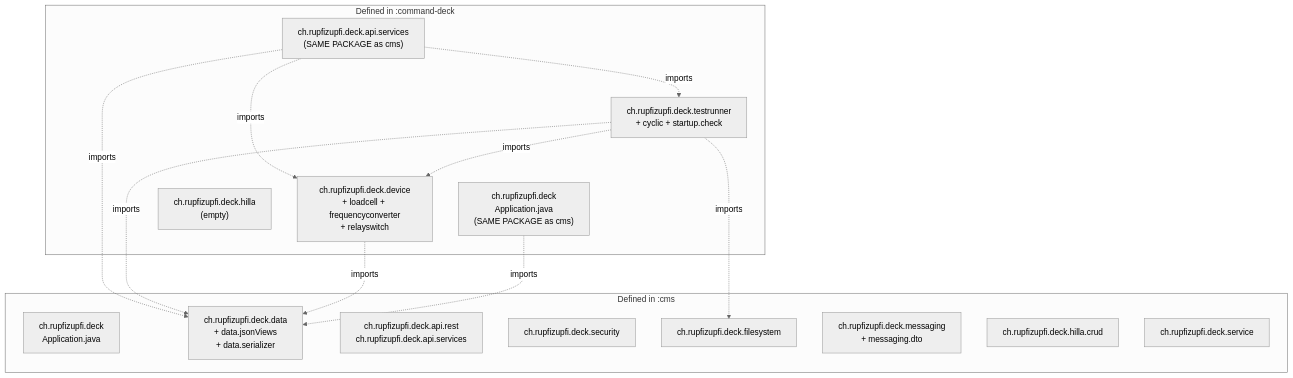
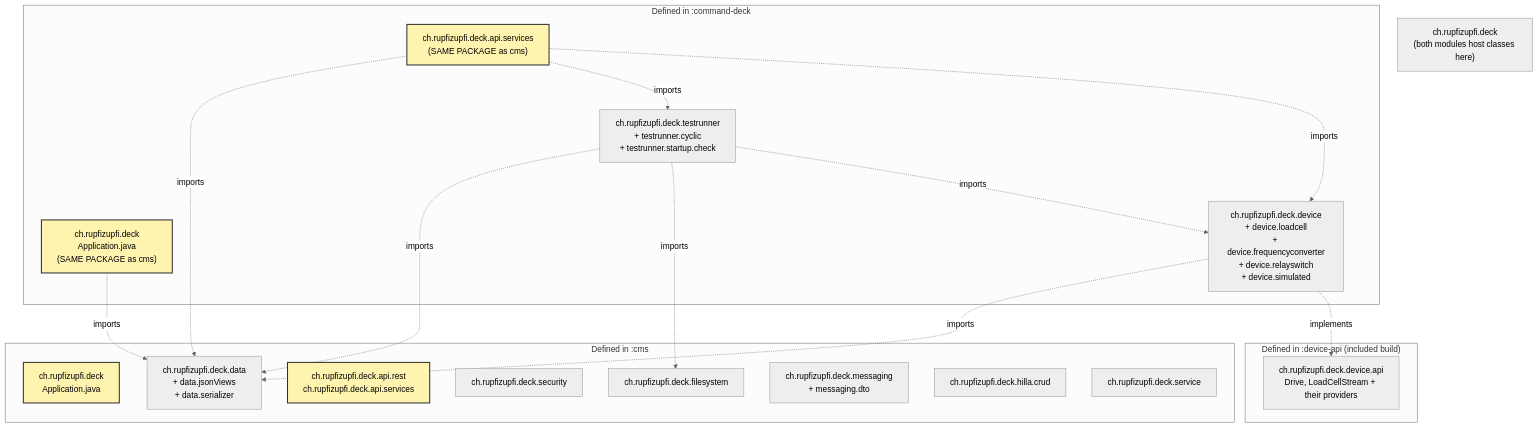
The diagram in doc/02-modules/shared-code-strategy.md (rupfizupfi/breaktest-command-deck), drawn with Mermaid (neutral theme) before and after one commit. The commit also changed other lines of this file and 16 other files, not shown here.

````diff
--- a/doc/02-modules/shared-code-strategy.md
+++ b/doc/02-modules/shared-code-strategy.md
@@ -27,30 +26,39 @@
 ```mermaid
 graph TD
+    root["ch.rupfizupfi.deck<br/>(both modules host classes here)"]
+
     subgraph cms_pkgs["Defined in :cms"]
         cms_root["ch.rupfizupfi.deck<br/>Application.java"]
         cms_data["ch.rupfizupfi.deck.data<br/>+ data.jsonViews<br/>+ data.serializer"]
         cms_api["ch.rupfizupfi.deck.api.rest<br/>ch.rupfizupfi.deck.api.services"]
         cms_security["ch.rupfizupfi.deck.security"]
         cms_filesystem["ch.rupfizupfi.deck.filesystem"]
         cms_messaging["ch.rupfizupfi.deck.messaging<br/>+ messaging.dto"]
         cms_hilla["ch.rupfizupfi.deck.hilla.crud"]
         cms_service["ch.rupfizupfi.deck.service"]
     end
 
     subgraph deck_pkgs["Defined in :command-deck"]
         deck_root["ch.rupfizupfi.deck<br/>Application.java<br/>(SAME PACKAGE as cms)"]
         deck_api["ch.rupfizupfi.deck.api.services<br/>(SAME PACKAGE as cms)"]
-        deck_device["ch.rupfizupfi.deck.device<br/>+ loadcell + frequencyconverter<br/>+ relayswitch"]
-        deck_test["ch.rupfizupfi.deck.testrunner<br/>+ cyclic + startup.check"]
-        deck_hilla["ch.rupfizupfi.deck.hilla<br/>(empty)"]
+        deck_device["ch.rupfizupfi.deck.device<br/>+ device.loadcell<br/>+ device.frequencyconverter<br/>+ device.relayswitch<br/>+ device.simulated"]
+        deck_test["ch.rupfizupfi.deck.testrunner<br/>+ testrunner.cyclic<br/>+ testrunner.startup.check"]
+    end
+
+    subgraph api_pkgs["Defined in :device-api (included build)"]
+        api_device["ch.rupfizupfi.deck.device.api<br/>Drive, LoadCellStream + their providers"]
     end
 
     deck_api -.->|imports| cms_data
     deck_api -.->|imports| deck_test
     deck_api -.->|imports| deck_device
     deck_test -.->|imports| cms_data
     deck_test -.->|imports| cms_filesystem
     deck_test -.->|imports| deck_device
     deck_device -.->|imports| cms_data
     deck_root -.->|imports| cms_data
+    deck_device -.->|implements| api_device
+
+    classDef shared fill:#fff3b0,stroke:#333,stroke-width:2px
+    class cms_root,deck_root,cms_api,deck_api shared
 ```
````
